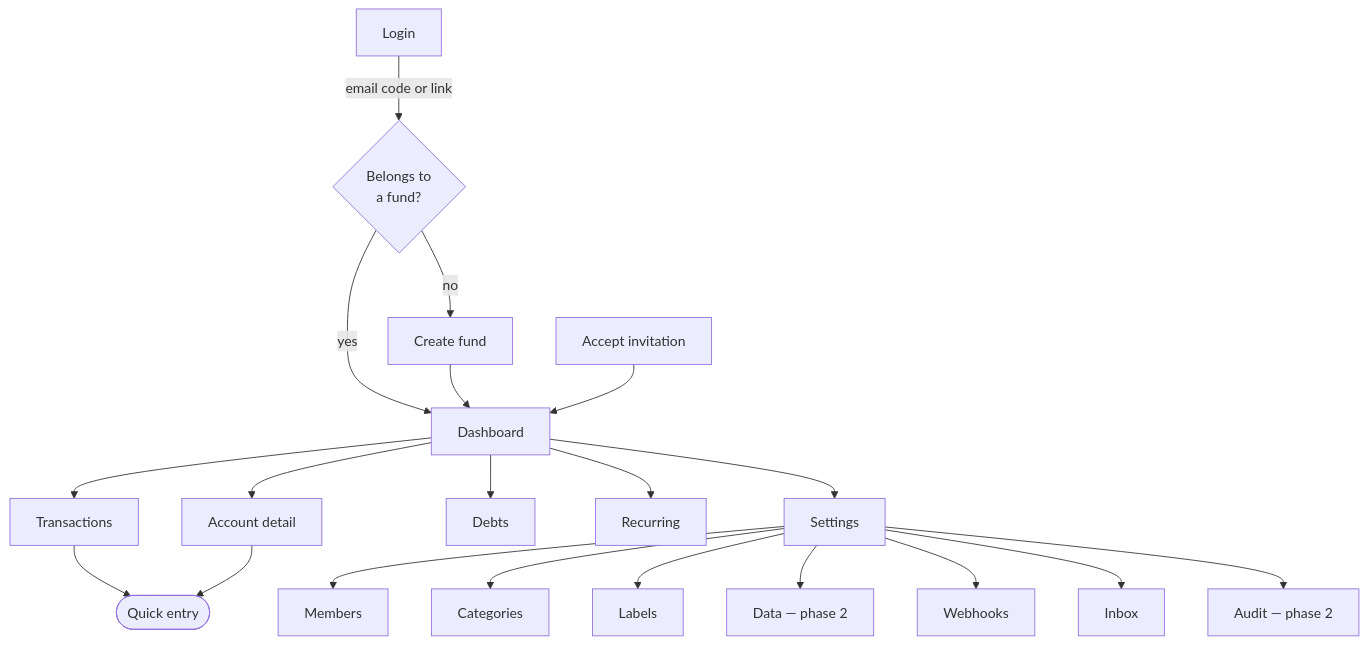
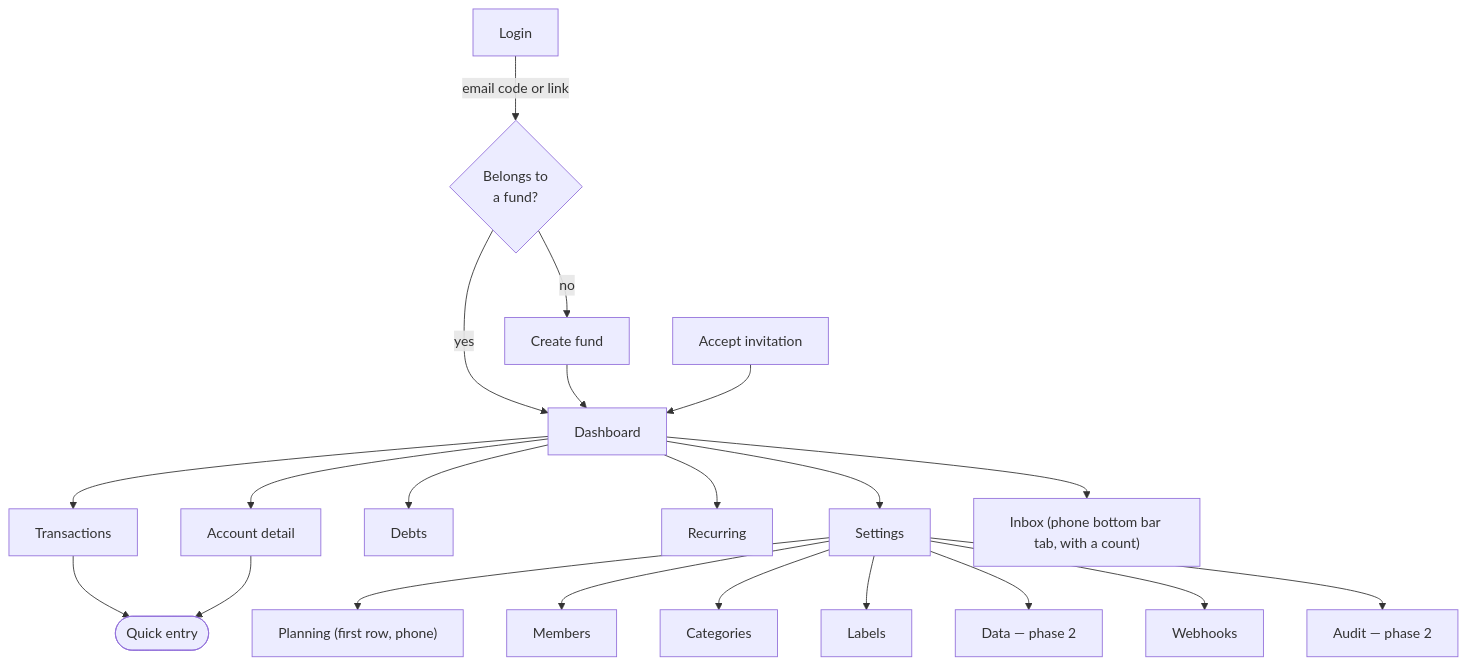
Before and after one commit to WAB-Studio/shelf: the first of 8 diagrams in docs/FLOWS.md, drawn with Mermaid. The commit also changed 123 other files, not shown here.

````diff
--- a/docs/FLOWS.md
+++ b/docs/FLOWS.md
@@ -10,24 +10,25 @@
 ```mermaid
 flowchart TD
     Login["Login"] -->|email code or link| Check{"Belongs to<br/>a fund?"}
     Check -->|no| Onboarding["Create fund"]
     Check -->|yes| Dash["Dashboard"]
     Onboarding --> Dash
     Invit["Accept invitation"] --> Dash
 
     Dash --> Tx["Transactions"]
     Dash --> Cta["Account detail"]
     Dash --> Deu["Debts"]
     Dash --> Rec["Recurring"]
     Dash --> Aju["Settings"]
+    Dash --> Bandeja["Inbox (phone bottom bar tab, with a count)"]
+    Aju --> Plan["Planning (first row, phone)"]
 
     Tx --> TxNew(["Quick entry"])
     Cta --> TxNew
     Aju --> Miembros["Members"]
     Aju --> Cats["Categories"]
     Aju --> Etiq["Labels"]
     Aju --> Datos["Data — phase 2"]
     Aju --> Webhooks["Webhooks"]
-    Aju --> Bandeja["Inbox"]
     Aju --> Audit["Audit — phase 2"]
 ```
````
